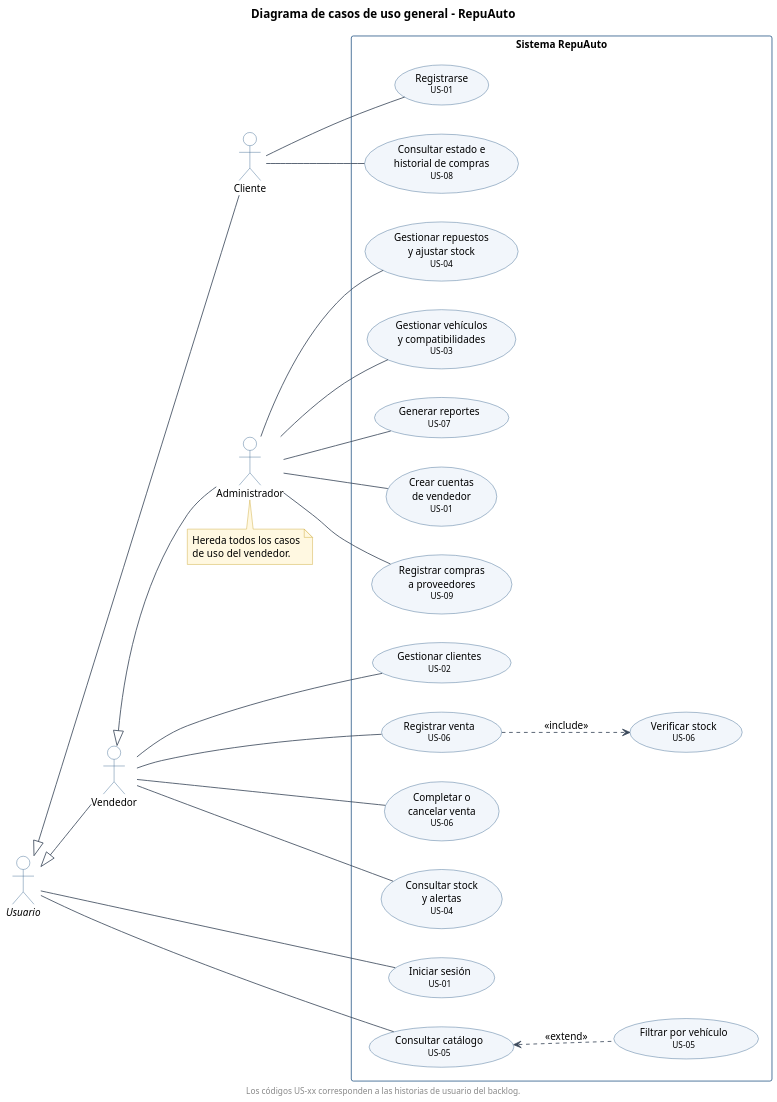
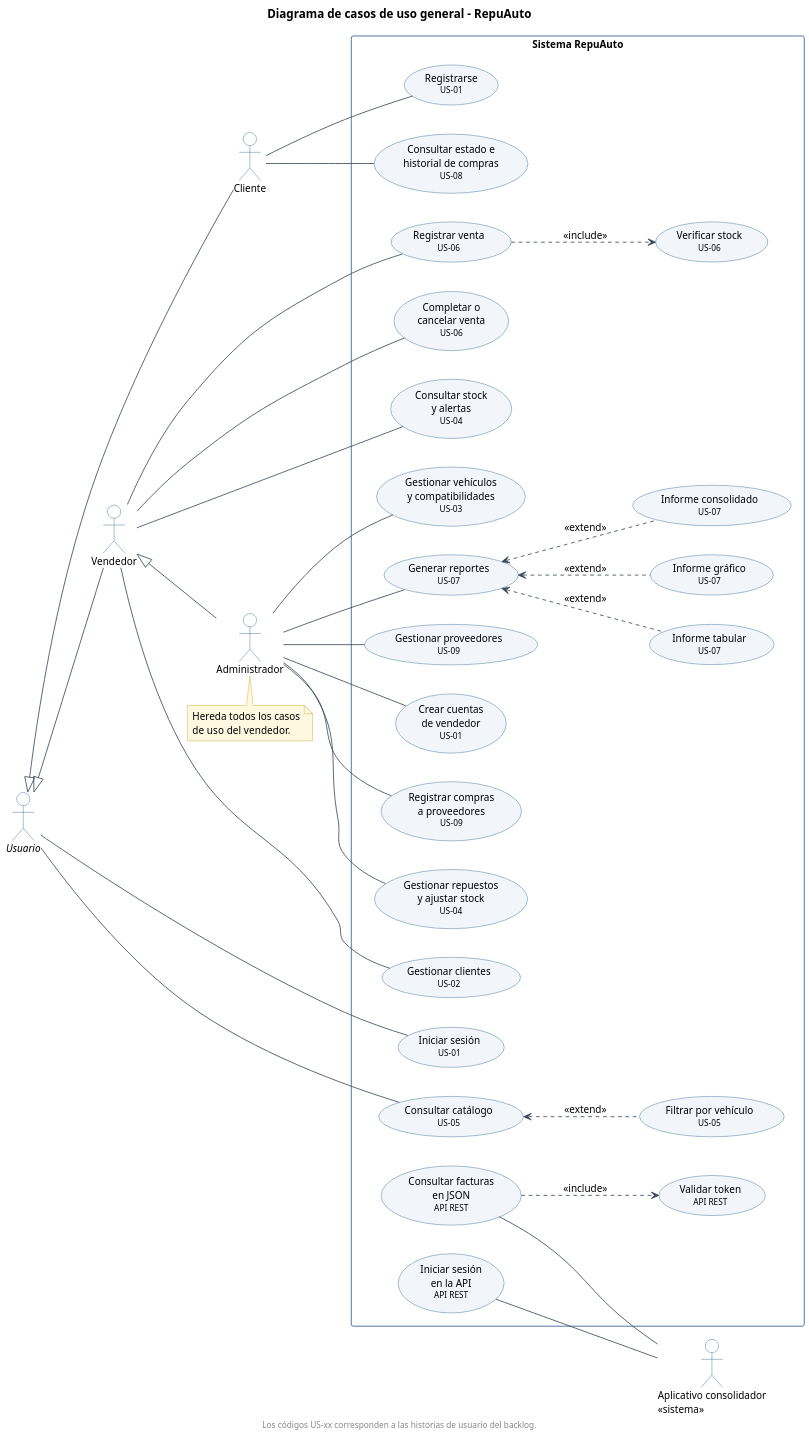
The diagram in docs/diagramas/casos_de_uso.puml (Thiago3108/repuauto), drawn with PlantUML before and after one commit. The commit also changed 5 other files, not shown here.

Commit message:
Diagramas de casos de uso y arquitectura actualizados con la API y los tres informes (#28)

```diff
--- a/docs/diagramas/casos_de_uso.puml
+++ b/docs/diagramas/casos_de_uso.puml
@@ -1,88 +1,106 @@
 @startuml casos_de_uso
-' RepuAuto - Diagrama de casos de uso general (versión 2)
+' RepuAuto - Diagrama de casos de uso general (versión 3, noviembre 2026)
+' La imagen casos_de_uso.png se dibuja desde casos_de_uso.svg; este archivo es la fuente en PlantUML.
 ' Actores según la matriz de roles aprobada (D3).
 ' Los códigos US-xx enlazan cada caso de uso con su historia del backlog.
 
 skinparam dpi 150
 skinparam shadowing false
 skinparam defaultFontName Arial
 skinparam defaultFontSize 12
 skinparam ArrowColor #3C4A5C
 skinparam actor {
   BorderColor #2F5D8A
   BackgroundColor #FFFFFF
 }
 skinparam usecase {
   BackgroundColor #F2F6FB
   BorderColor #2F5D8A
 }
 skinparam rectangle {
   BorderColor #2F5D8A
   FontStyle bold
 }
 skinparam note {
   BackgroundColor #FFF8E1
   BorderColor #C9A227
 }
 
 left to right direction
 
 title Diagrama de casos de uso general - RepuAuto
 
 actor "//Usuario//" as Usuario
 actor Cliente
 actor Vendedor
 actor Administrador
+actor "Aplicativo consolidador\n<<sistema>>" as Consolidador
 
 Usuario <|-- Cliente
 Usuario <|-- Vendedor
 Vendedor <|-- Administrador
 
 rectangle "Sistema RepuAuto" {
   usecase "Iniciar sesión\n<size:10>US-01</size>" as UC_Login
   usecase "Consultar catálogo\n<size:10>US-05</size>" as UC_Catalogo
   usecase "Filtrar por vehículo\n<size:10>US-05</size>" as UC_Filtro
 
   usecase "Registrarse\n<size:10>US-01</size>" as UC_Registro
   usecase "Consultar estado e\nhistorial de compras\n<size:10>US-08</size>" as UC_Historial
 
   usecase "Gestionar clientes\n<size:10>US-02</size>" as UC_Clientes
   usecase "Registrar venta\n<size:10>US-06</size>" as UC_Venta
   usecase "Verificar stock\n<size:10>US-06</size>" as UC_VerificarStock
   usecase "Completar o\ncancelar venta\n<size:10>US-06</size>" as UC_EstadoVenta
   usecase "Consultar stock\ny alertas\n<size:10>US-04</size>" as UC_Stock
 
   usecase "Gestionar repuestos\ny ajustar stock\n<size:10>US-04</size>" as UC_Repuestos
   usecase "Gestionar vehículos\ny compatibilidades\n<size:10>US-03</size>" as UC_Vehiculos
   usecase "Generar reportes\n<size:10>US-07</size>" as UC_Reportes
+  usecase "Informe consolidado\n<size:10>US-07</size>" as UC_Consolidado
+  usecase "Informe tabular\n<size:10>US-07</size>" as UC_Tabular
+  usecase "Informe gráfico\n<size:10>US-07</size>" as UC_Grafico
+  usecase "Gestionar proveedores\n<size:10>US-09</size>" as UC_Proveedores
   usecase "Crear cuentas\nde vendedor\n<size:10>US-01</size>" as UC_Cuentas
   usecase "Registrar compras\na proveedores\n<size:10>US-09</size>" as UC_Compras
+
+  usecase "Iniciar sesión\nen la API\n<size:10>API REST</size>" as UC_ApiLogin
+  usecase "Consultar facturas\nen JSON\n<size:10>API REST</size>" as UC_Facturas
+  usecase "Validar token\n<size:10>API REST</size>" as UC_Token
 }
 
 ' Asociaciones (líneas simples, sin flecha)
 Usuario -- UC_Login
 Usuario -- UC_Catalogo
 UC_Catalogo <.. UC_Filtro : <<extend>>
 
 Cliente -- UC_Registro
 Cliente -- UC_Historial
 
 Vendedor -- UC_Clientes
 Vendedor -- UC_Venta
 Vendedor -- UC_EstadoVenta
 Vendedor -- UC_Stock
 UC_Venta ..> UC_VerificarStock : <<include>>
 
 Administrador -- UC_Repuestos
 Administrador -- UC_Vehiculos
 Administrador -- UC_Reportes
 Administrador -- UC_Cuentas
+Administrador -- UC_Proveedores
 Administrador -- UC_Compras
+UC_Reportes <.. UC_Consolidado : <<extend>>
+UC_Reportes <.. UC_Tabular : <<extend>>
+UC_Reportes <.. UC_Grafico : <<extend>>
+
+UC_ApiLogin -- Consolidador
+UC_Facturas -- Consolidador
+UC_Facturas ..> UC_Token : <<include>>
 
 note bottom of Administrador
   Hereda todos los casos
   de uso del vendedor.
 end note
 
 footer Los códigos US-xx corresponden a las historias de usuario del backlog.
 @enduml
```
